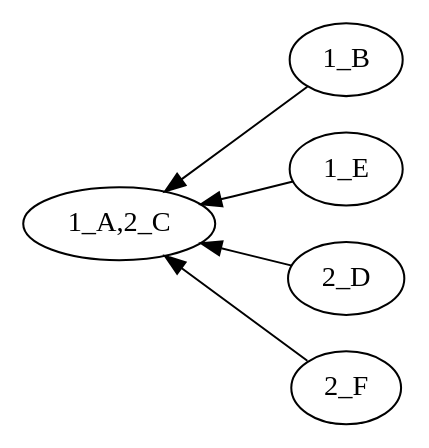
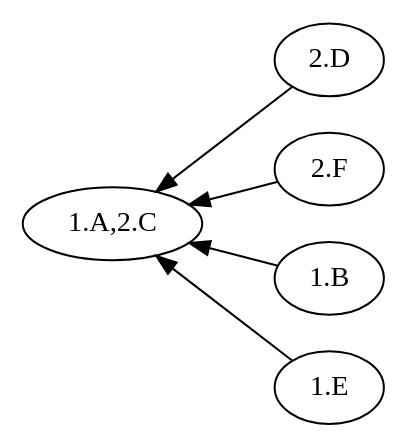
One commit to EulerProject/EulerX changed the diagram in example/output/pw1/pw1.dot. Above: the diagram before and after it, drawn with Graphviz. The commit also changed 12 other files, not shown here.

```diff
--- a/example/output/pw1/pw1.dot
+++ b/example/output/pw1/pw1.dot
@@ -1,9 +1,9 @@
 digraph {
 
 rankdir = RL
 
-"1_B" -> "1_A,2_C" [style=filled, color=black];
-"1_E" -> "1_A,2_C" [style=filled, color=black];
-"2_D" -> "1_A,2_C" [style=filled, color=black];
-"2_F" -> "1_A,2_C" [style=filled, color=black];
+"2.D" -> "1.A,2.C" [style=filled, color=black];
+"2.F" -> "1.A,2.C" [style=filled, color=black];
+"1.B" -> "1.A,2.C" [style=filled, color=black];
+"1.E" -> "1.A,2.C" [style=filled, color=black];
 }
```
